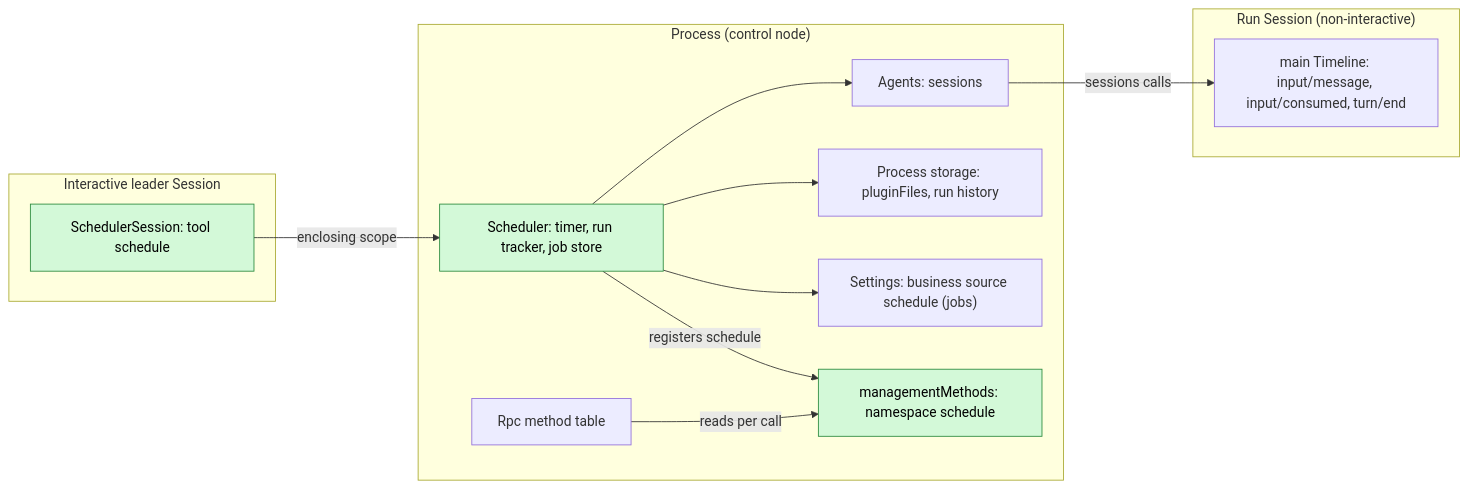
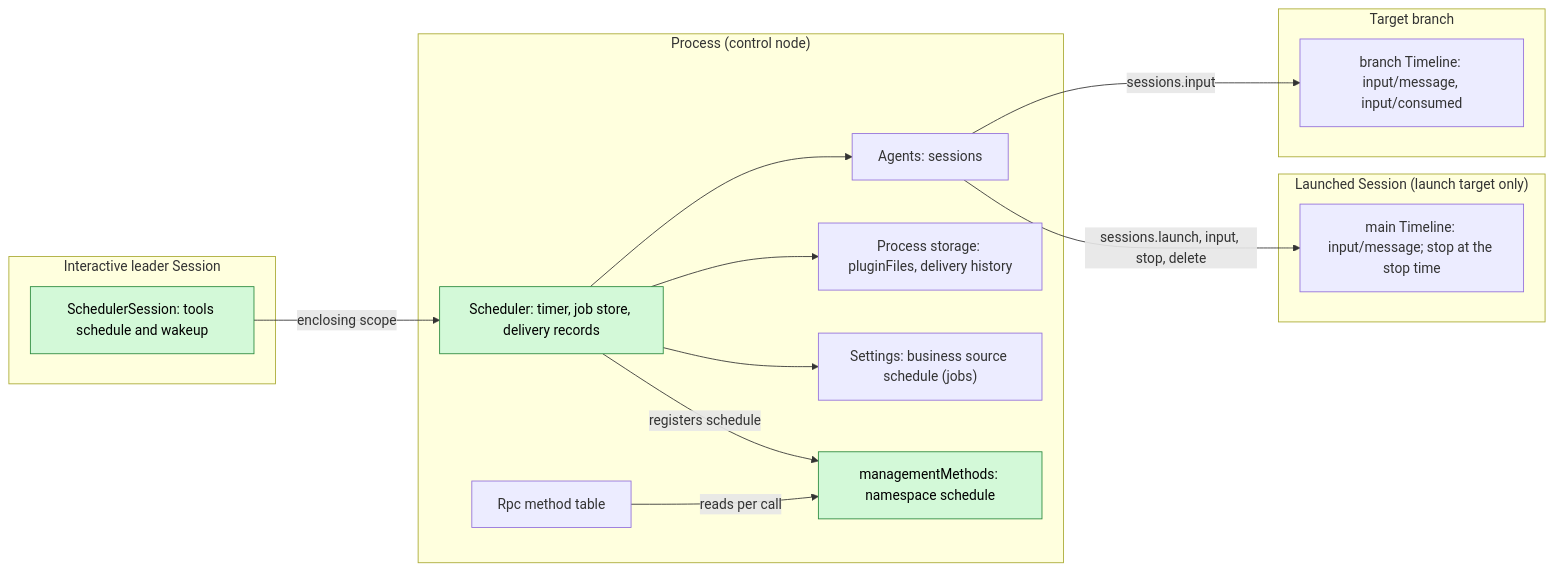
The first of 5 diagrams in docs/design/plugins/Scheduler.md (CoutinhoTTS/dim-agent), drawn with Mermaid before and after one commit. The commit also changed other lines of this file and 5 other files, not shown here.

First line of the commit message:
docs(scheduler): deliver a scheduled job to the branch that saved it

````diff
--- a/docs/design/plugins/Scheduler.md
+++ b/docs/design/plugins/Scheduler.md
@@ -15,26 +13,30 @@
 ```mermaid
 flowchart LR
   subgraph PROC["Process (control node)"]
-    Sched["Scheduler: timer, run tracker, job store"]
+    Sched["Scheduler: timer, job store, delivery records"]
     MM["managementMethods: namespace schedule"]
     Agents["Agents: sessions"]
     Rpc["Rpc method table"]
-    Store["Process storage: pluginFiles, run history"]
+    Store["Process storage: pluginFiles, delivery history"]
     Set["Settings: business source schedule (jobs)"]
   end
   subgraph SESS["Interactive leader Session"]
-    Tool["SchedulerSession: tool schedule"]
+    Tool["SchedulerSession: tools schedule and wakeup"]
   end
-  subgraph RUN["Run Session (non-interactive)"]
-    TL["main Timeline: input/message, input/consumed, turn/end"]
+  subgraph TGT["Target branch"]
+    TL["branch Timeline: input/message, input/consumed"]
+  end
+  subgraph RUN["Launched Session (launch target only)"]
+    RTL["main Timeline: input/message; stop at the stop time"]
   end
   Tool -->|"enclosing scope"| Sched
   Sched --> Agents
   Sched --> Store
   Sched --> Set
   Sched -->|"registers schedule"| MM
   Rpc -->|"reads per call"| MM
-  Agents -->|"sessions calls"| TL
+  Agents -->|"sessions.input"| TL
+  Agents -->|"sessions.launch, input, stop, delete"| RTL
   classDef new fill:#d3f9d8,stroke:#2b8a3e,color:#000
   class Sched,MM,Tool new
 ```
````
